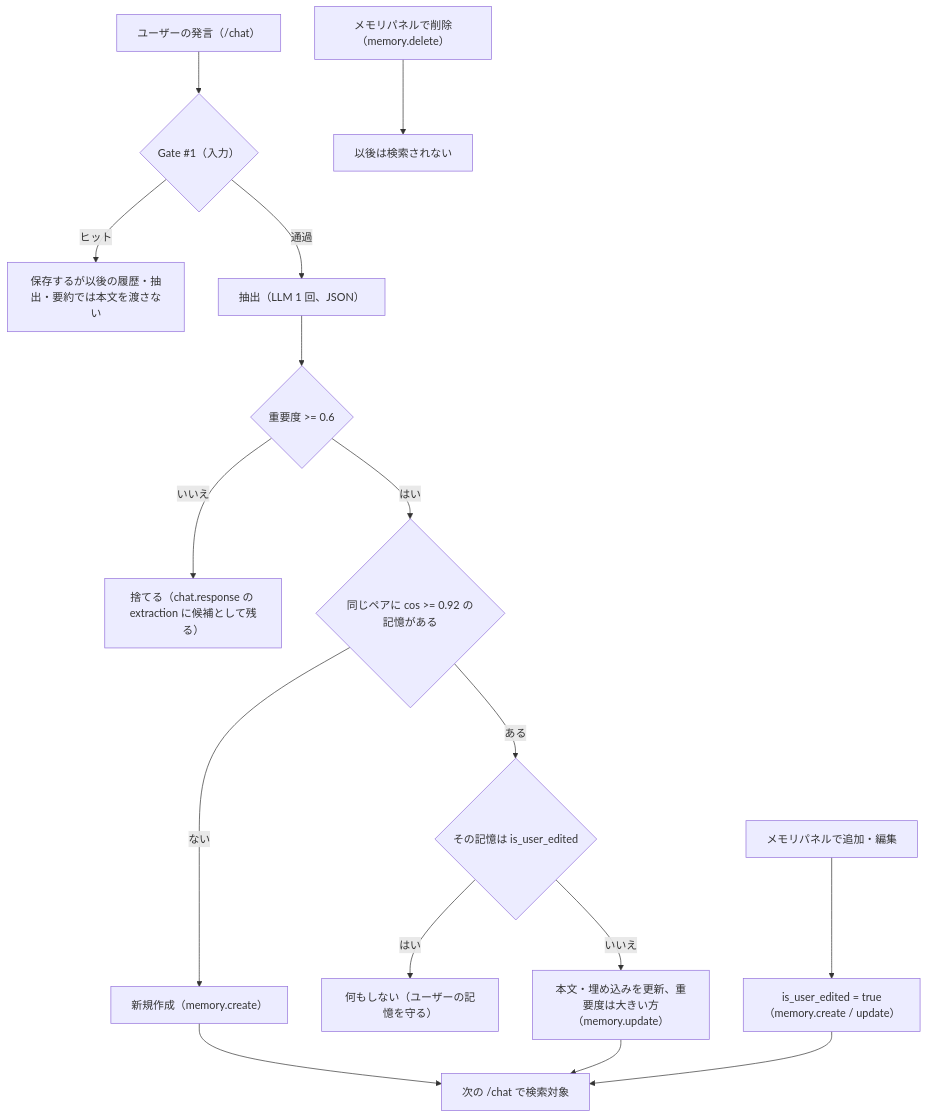
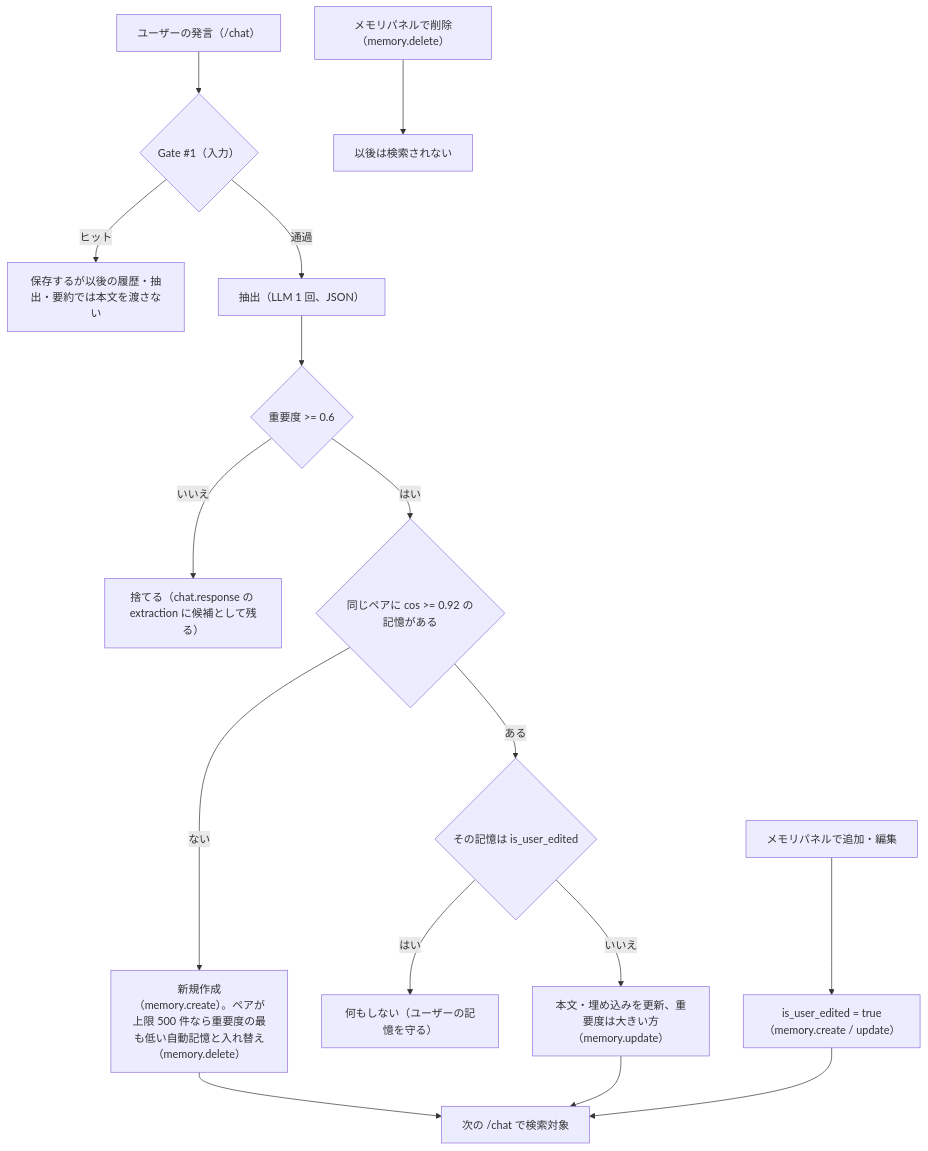
The diagram in docs/handover/05-memory-and-moderation.md (tasuku-kobayashi/everkano), drawn with Mermaid before and after one commit. The commit also changed other lines of this file and 91 other files, not shown here.

````diff
--- a/docs/handover/05-memory-and-moderation.md
+++ b/docs/handover/05-memory-and-moderation.md
@@ -49,18 +64,18 @@
 ```mermaid
 flowchart TD
   M["ユーザーの発言（/chat）"] --> X{"Gate #1（入力）"}
   X -- ヒット --> S1["保存するが以後の履歴・抽出・要約では本文を渡さない"]
   X -- 通過 --> E["抽出（LLM 1 回、JSON）"]
   E --> T{"重要度 >= 0.6"}
   T -- いいえ --> D1["捨てる（chat.response の extraction に候補として残る）"]
   T -- はい --> N{"同じペアに cos >= 0.92 の記憶がある"}
-  N -- ない --> C["新規作成（memory.create）"]
+  N -- ない --> C["新規作成（memory.create）。ペアが上限 500 件なら重要度の最も低い自動記憶と入れ替え（memory.delete）"]
   N -- ある --> U{"その記憶は is_user_edited"}
   U -- はい --> K["何もしない（ユーザーの記憶を守る）"]
   U -- いいえ --> UP["本文・埋め込みを更新、重要度は大きい方（memory.update）"]
   P["メモリパネルで追加・編集"] --> UE["is_user_edited = true（memory.create / update）"]
   C --> R["次の /chat で検索対象"]
   UP --> R
   UE --> R
   DEL["メモリパネルで削除（memory.delete）"] --> GONE["以後は検索されない"]
 ```
````
